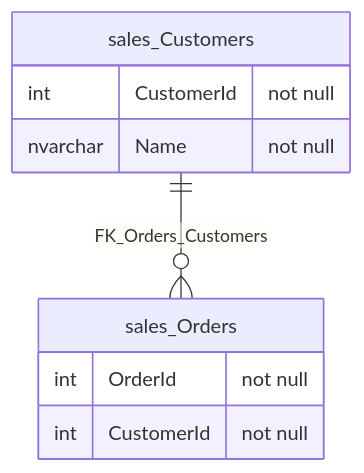
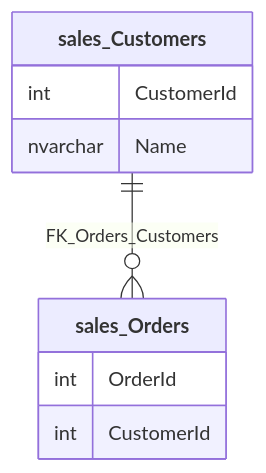
The diagram in src/SqlServerToMermaid.Tests/Tests.RenderMarkdownFromScriptWithSchema.verified.md (SimonCropp/DbToMermaid), drawn with Mermaid before and after one commit. The commit also changed 41 other files, not shown here.

````diff
--- a/src/SqlServerToMermaid.Tests/Tests.RenderMarkdownFromScriptWithSchema.verified.md
+++ b/src/SqlServerToMermaid.Tests/Tests.RenderMarkdownFromScriptWithSchema.verified.md
@@ -1,12 +1,12 @@
 ```mermaid
 erDiagram
-  sales_Customers {
-    int CustomerId "not null"
-    nvarchar Name "not null"
+  sales_Customers["**sales_Customers**"] {
+    int CustomerId
+    nvarchar Name
   }
-  sales_Orders {
-    int OrderId "not null"
-    int CustomerId "not null"
+  sales_Orders["**sales_Orders**"] {
+    int OrderId
+    int CustomerId
   }
   sales_Customers ||--o{ sales_Orders : "FK_Orders_Customers"
 ```
````
